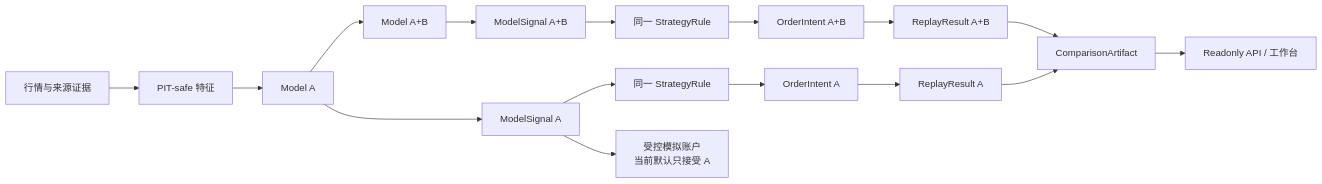
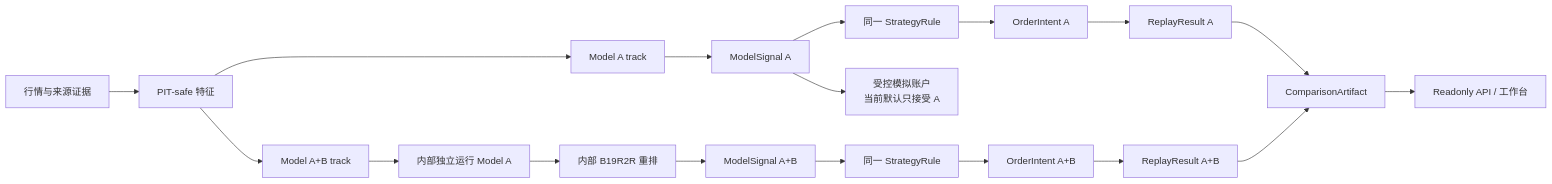
The diagram in docs/PROJECT_INTRO_CN.md (charliecly0416/taiwan-stock-quant-platform), drawn with Mermaid before and after one commit. The commit also changed other lines of this file and 34 other files, not shown here.

````diff
--- a/docs/PROJECT_INTRO_CN.md
+++ b/docs/PROJECT_INTRO_CN.md
@@ -46,18 +46,20 @@
 ```mermaid
 flowchart LR
     D[行情与来源证据] --> F[PIT-safe 特征]
-    F --> A[Model A]
-    A --> B[Model A+B]
+    F --> A[Model A track]
+    F --> AB[Model A+B track]
+    AB --> AI[内部独立运行 Model A]
+    AI --> B[内部 B19R2R 重排]
     A --> SA[ModelSignal A]
     B --> SB[ModelSignal A+B]
     SA --> RA[同一 StrategyRule]
     SB --> RB[同一 StrategyRule]
     RA --> IA[OrderIntent A]
     RB --> IB[OrderIntent A+B]
     IA --> PA[ReplayResult A]
     IB --> PB[ReplayResult A+B]
     PA --> C[ComparisonArtifact]
     PB --> C
     C --> V[Readonly API / 工作台]
     SA --> G[受控模拟账户<br/>当前默认只接受 A]
 ```
````
